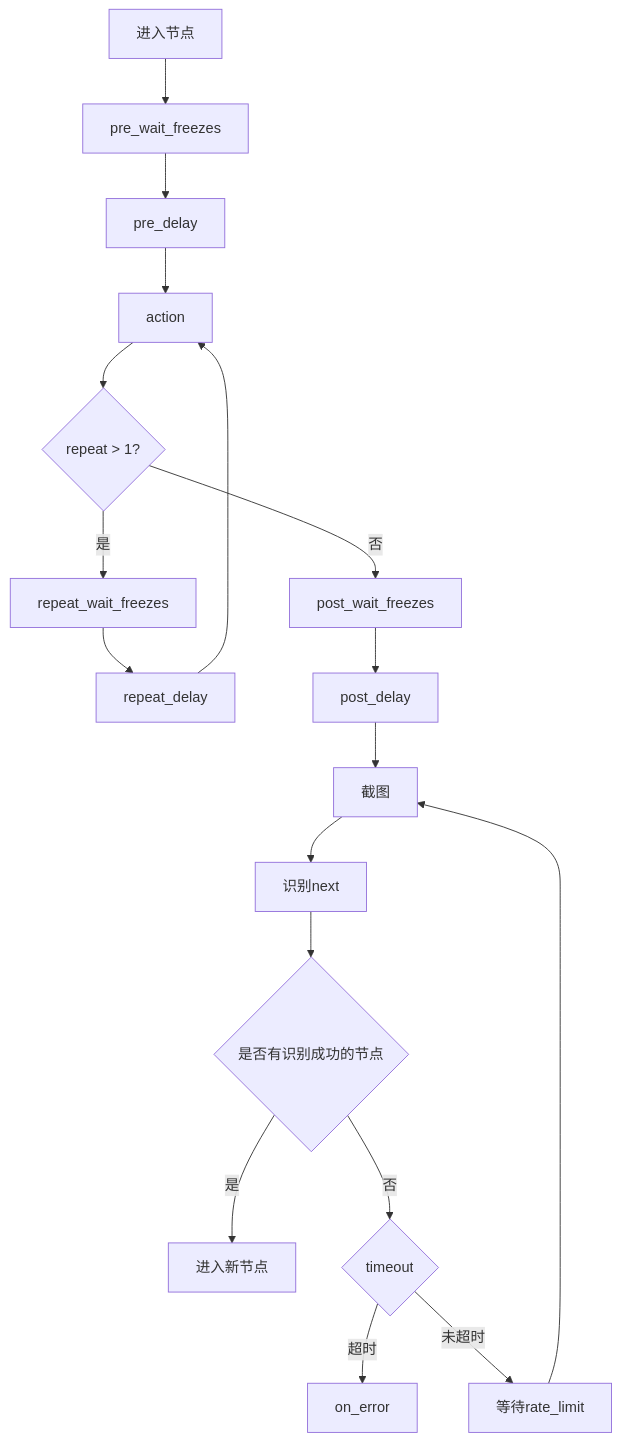
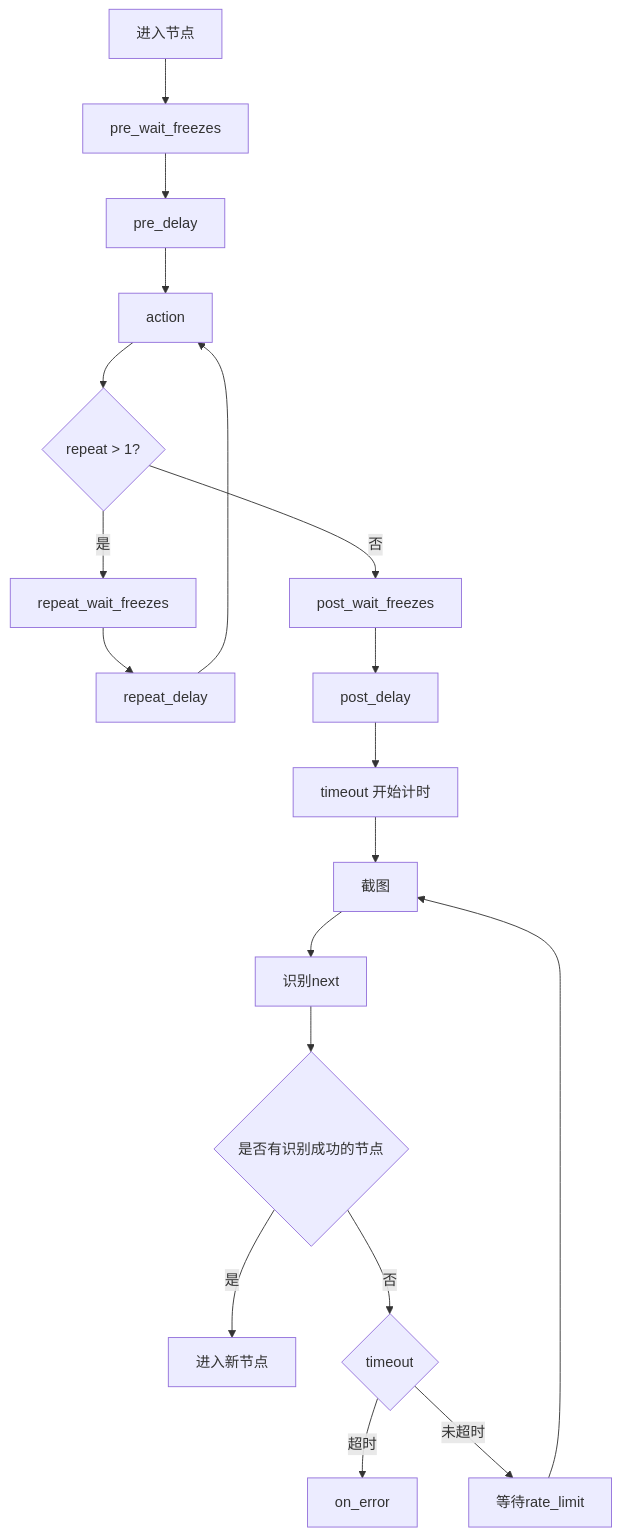
One commit to MaaXYZ/MaaFramework changed the third of 4 diagrams in docs/zh_cn/3.1-任务流水线协议.md. Above: the diagram before and after it, drawn with Mermaid. The commit also changed other lines of this file and 1 other file, not shown here.

Commit message:
docs: clarify timeout timing in pipeline protocol

````diff
--- a/docs/zh_cn/3.1-任务流水线协议.md
+++ b/docs/zh_cn/3.1-任务流水线协议.md
@@ -236,20 +236,21 @@
 ```mermaid
     graph TB
         A[进入节点] --> B[pre_wait_freezes]
         B --> C[pre_delay]
         C --> D[action]
         D --> M{repeat > 1?}
         M -->|是| N[repeat_wait_freezes]
         N --> O[repeat_delay]
         O --> D
         M -->|否| E[post_wait_freezes]
         E --> F[post_delay]
-        F --> P[截图]
+        F --> Q[timeout 开始计时]
+        Q --> P[截图]
         P --> G[识别next]
         G --> H{是否有识别成功的节点}
         H -->|是| I[进入新节点]
         H -->|否| J{timeout}
         J -->|超时| K[on_error]
         J -->|未超时| L[等待rate_limit]
         L --> P
 ```
````
